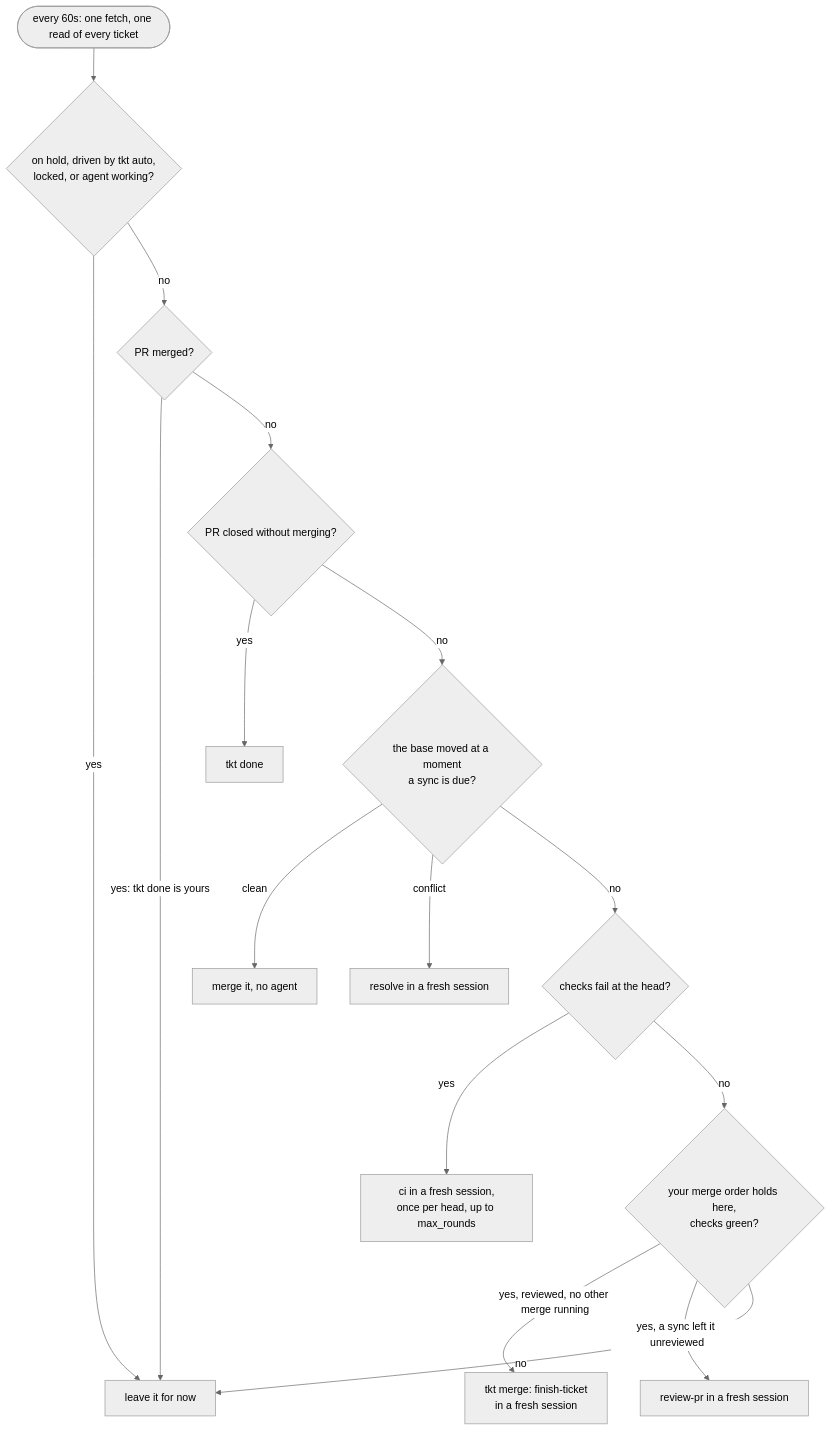
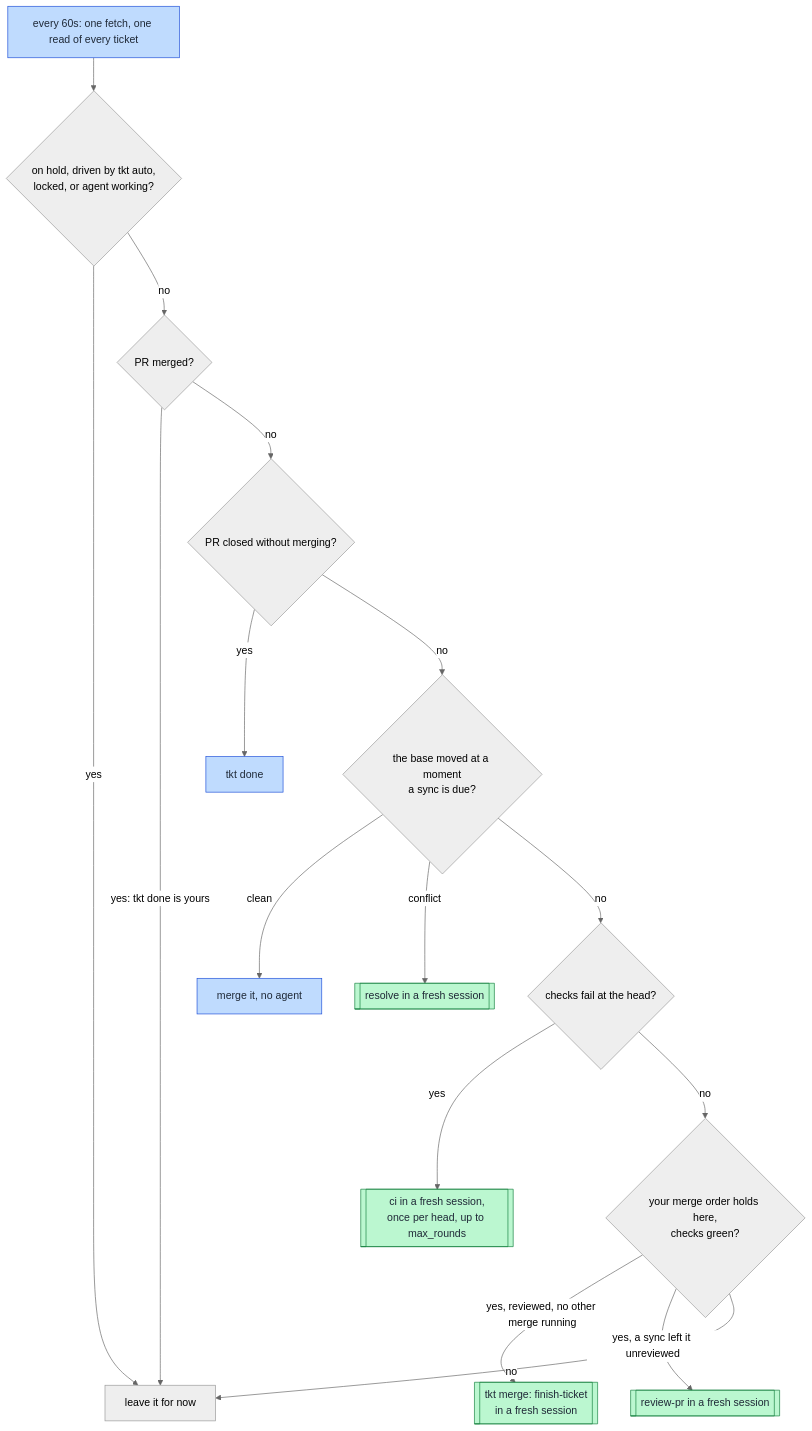
The sixth of 9 diagrams in docs/lifecycle.md (rogsme/tkt), drawn with Mermaid (neutral theme) before and after one commit. The commit also changed other lines of this file and 4 other files, not shown here.

First line of the commit message:
Open the README with diagrams of how a ticket moves

````diff
--- a/docs/lifecycle.md
+++ b/docs/lifecycle.md
@@ -353,18 +395,25 @@
 ```mermaid
 flowchart TD
-  pass(["every 60s: one fetch, one read of every ticket"]) --> skip{"on hold, driven by tkt auto,<br/>locked, or agent working?"}
+  pass["every 60s: one fetch, one read of every ticket"] --> skip{"on hold, driven by tkt auto,<br/>locked, or agent working?"}
   skip -->|yes| leave["leave it for now"]
   skip -->|no| merged{"PR merged?"}
   merged -->|"yes: tkt done is yours"| leave
   merged -->|no| closed{"PR closed without merging?"}
   closed -->|yes| done["tkt done"]
   closed -->|no| behind{"the base moved at a moment<br/>a sync is due?"}
   behind -->|clean| sync["merge it, no agent"]
-  behind -->|conflict| resolve["resolve in a fresh session"]
+  behind -->|conflict| resolve[["resolve in a fresh session"]]
   behind -->|no| ci{"checks fail at the head?"}
-  ci -->|yes| fix["ci in a fresh session,<br/>once per head, up to max_rounds"]
+  ci -->|yes| fix[["ci in a fresh session,<br/>once per head, up to max_rounds"]]
   ci -->|no| order{"your merge order holds here,<br/>checks green?"}
-  order -->|"yes, reviewed, no other merge running"| merge["tkt merge: finish-ticket<br/>in a fresh session"]
-  order -->|"yes, a sync left it unreviewed"| review["review-pr in a fresh session"]
+  order -->|"yes, reviewed, no other merge running"| merge[["tkt merge: finish-ticket<br/>in a fresh session"]]
+  order -->|"yes, a sync left it unreviewed"| review[["review-pr in a fresh session"]]
   order -->|no| leave
+
+  classDef you fill:#fde68a,stroke:#b45309,color:#1f2937
+  classDef tkt fill:#bfdbfe,stroke:#1d4ed8,color:#1f2937
+  classDef skill fill:#bbf7d0,stroke:#15803d,color:#1f2937
+  classDef ext fill:#e5e7eb,stroke:#4b5563,color:#1f2937
+  class pass,done,sync tkt
+  class resolve,fix,merge,review skill
 ```
````
